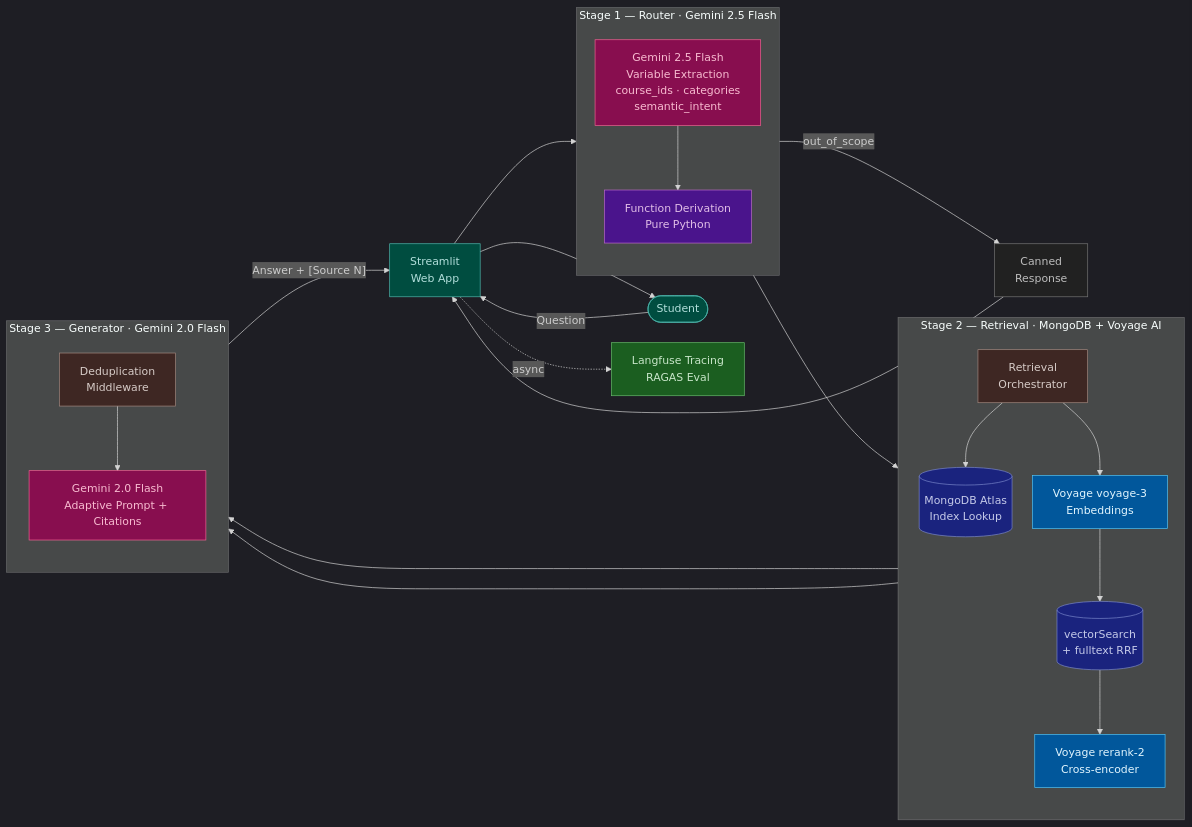
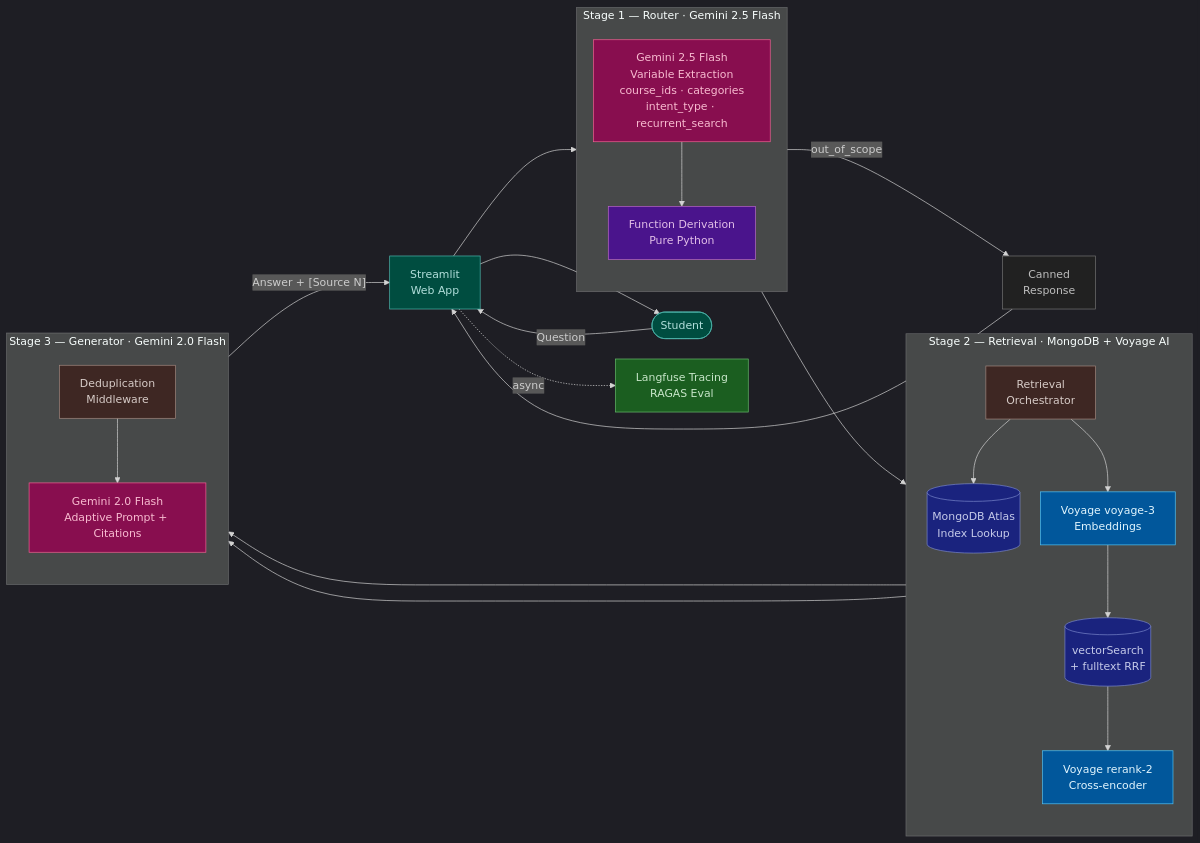
One commit to zelunliu/tamubot changed the first of 2 diagrams in README.md. Above: the diagram before and after it, drawn with Mermaid. The commit also changed other lines of this file and 15 other files, not shown here.

First line of the commit message:
feat: deterministic cardinality recurrent pipeline + intent_type migration

````diff
--- a/README.md
+++ b/README.md
@@ -11,59 +11,59 @@
 ```mermaid
 %%{init: {'theme': 'dark', 'flowchart': {'nodeSpacing': 30, 'rankSpacing': 70}}}%%
 flowchart LR
     A([Student]) -->|Question| App[Streamlit\nWeb App]
 
     subgraph S1["Stage 1 — Router · Gemini 2.5 Flash"]
         direction TB
-        Router["Gemini 2.5 Flash<br/>Variable Extraction<br/>course_ids · categories<br/>semantic_intent"]
+        Router["Gemini 2.5 Flash<br/>Variable Extraction<br/>course_ids · categories<br/>intent_type · recurrent_search"]
         FD["Function Derivation<br/>Pure Python"]
         Router --> FD
     end
 
     subgraph S2["Stage 2 — Retrieval · MongoDB + Voyage AI"]
         direction TB
         Orch[Retrieval\nOrchestrator]
         MetaDB[(MongoDB Atlas\nIndex Lookup)]
         VoyEmbed[Voyage voyage-3\nEmbeddings]
         Search[(vectorSearch\n+ fulltext RRF)]
         Reranker[Voyage rerank-2\nCross-encoder]
         Orch --> MetaDB
         Orch --> VoyEmbed --> Search --> Reranker
     end
 
     subgraph S3["Stage 3 — Generator · Gemini 2.0 Flash"]
         direction TB
         Dedup[Deduplication\nMiddleware]
         Gen["Gemini 2.0 Flash<br/>Adaptive Prompt + Citations"]
         Dedup --> Gen
     end
 
     Canned[Canned\nResponse]
     Obs["Langfuse Tracing<br/>RAGAS Eval"]
 
     App --> S1
     FD -->|out_of_scope| Canned --> App
     FD --> S2
     MetaDB --> Dedup
     Reranker --> Dedup
     Gen -->|"Answer + [Source N]"| App --> A
     App -.->|async| Obs
 
     classDef user     fill:#004D40,stroke:#4DB6AC,color:#B2DFDB
     classDef router   fill:#880E4F,stroke:#F06292,color:#F8BBD0
     classDef derive   fill:#4A148C,stroke:#BA68C8,color:#E1BEE7
     classDef canned   fill:#212121,stroke:#757575,color:#BDBDBD
     classDef orchestr fill:#3E2723,stroke:#A1887F,color:#D7CCC8
     classDef mongo    fill:#1A237E,stroke:#7986CB,color:#C5CAE9
     classDef voyage   fill:#01579B,stroke:#4FC3F7,color:#E1F5FE
     classDef obs      fill:#1B5E20,stroke:#66BB6A,color:#C8E6C9
 
     class A,App user
     class Router,Gen router
     class FD derive
     class Canned canned
     class Orch,Dedup orchestr
     class MetaDB,Search mongo
     class VoyEmbed,Reranker voyage
     class Obs obs
 ```
````
